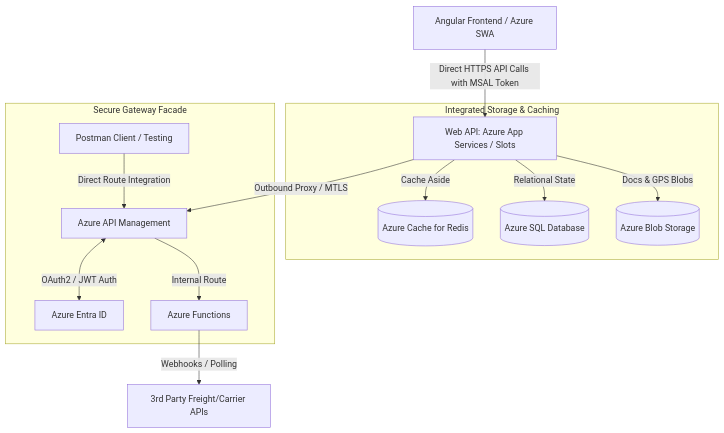
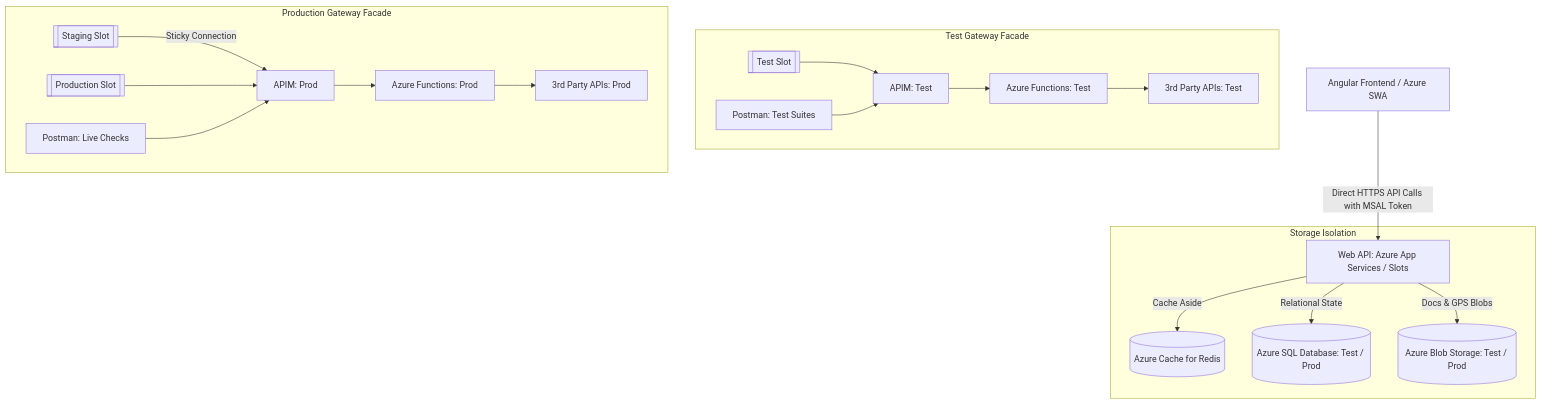
One commit to acforbes/freight-logistics-architecture changed the second of 3 diagrams in presentation.md. Above: the diagram before and after it, drawn with Mermaid. The commit also changed other lines of this file and 2 other files, not shown here.

Commit message:
docs: split blob storage into test and prod with sticky staging to prod

````diff
--- a/presentation.md
+++ b/presentation.md
@@ -91,19 +96,23 @@
 ```mermaid
 graph TD
     Client[Angular Frontend / Azure SWA] -->|Direct HTTPS API Calls with MSAL Token| AppService[Web API: Azure App Services / Slots]
     
-    subgraph Integrated Storage & Caching
+    subgraph Storage Isolation
         AppService -->|Cache Aside| Redis[(Azure Cache for Redis)]
-        AppService -->|Relational State| SQL[(Azure SQL Database)]
-        AppService -->|Docs & GPS Blobs| Blob[(Azure Blob Storage)]
+        AppService -->|Relational State| SQL[(Azure SQL Database: Test / Prod)]
+        AppService -->|Docs & GPS Blobs| Blob[(Azure Blob Storage: Test / Prod)]
     end
 
-    subgraph Secure Gateway Facade
-        AppService -->|Outbound Proxy / MTLS| APIM[Azure API Management]
-        PM[Postman Client / Testing] -->|Direct Route Integration| APIM
-        APIM <-->|OAuth2 / JWT Auth| Entra[Azure Entra ID]
-        APIM -->|Internal Route| AzFunc[Azure Functions]
+    subgraph Test Gateway Facade
+        Slot_Test[[Test Slot]] --> APIM_Test[APIM: Test]
+        PM_Test[Postman: Test Suites] --> APIM_Test
+        APIM_Test --> AzFunc_Test[Azure Functions: Test] --> Ext_Test[3rd Party APIs: Test]
     end
-    
-    AzFunc -->|Webhooks / Polling| External[3rd Party Freight/Carrier APIs]
+
+    subgraph Production Gateway Facade
+        Slot_Stag[[Staging Slot]] -->|Sticky Connection| APIM_Prod[APIM: Prod]
+        Slot_Prod[[Production Slot]] --> APIM_Prod
+        PM_Prod[Postman: Live Checks] --> APIM_Prod
+        APIM_Prod --> AzFunc_Prod[Azure Functions: Prod] --> Ext_Prod[3rd Party APIs: Prod]
+    end
 ```
````
